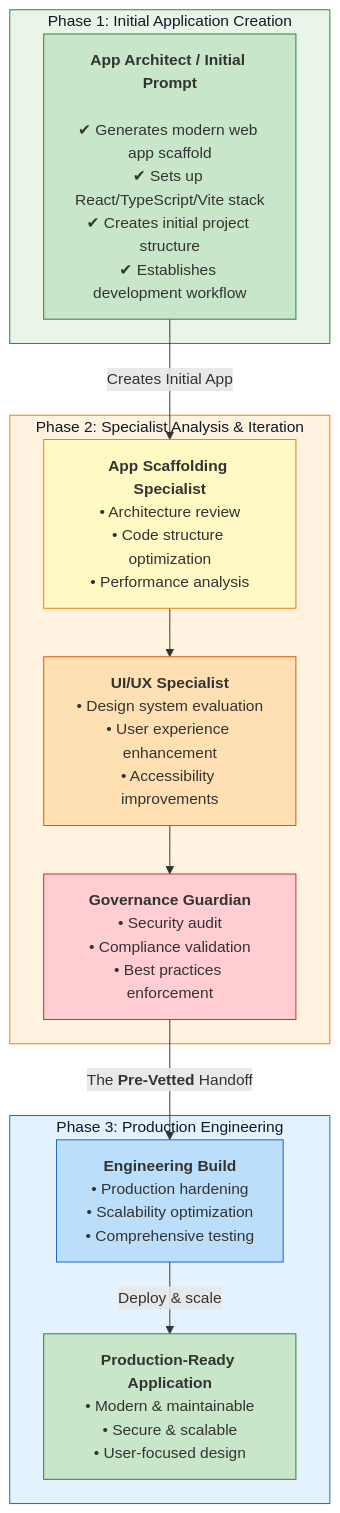
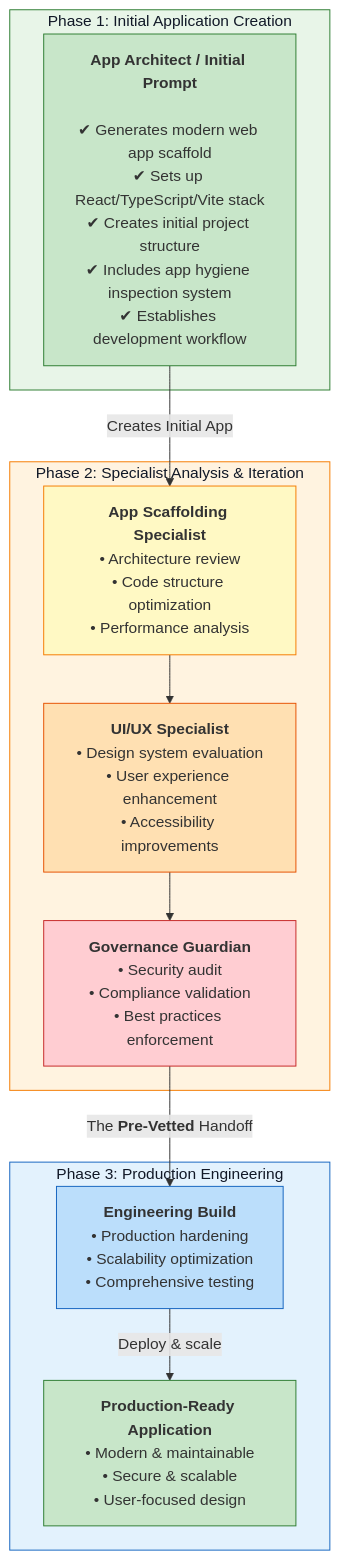
Before and after one commit to richfrem/quantum-diamond: the eighth of 9 diagrams in README.md, drawn with Mermaid. The commit also changed other lines of this file and 32 other files, not shown here.

First line of the commit message:
feat: Major repository reorganization and hygiene system improvements

````diff
--- a/README.md
+++ b/README.md
@@ -283,40 +342,40 @@
 ```mermaid
 graph TD
     %% Phase 1: Initial Application Creation
     subgraph Phase1 ["Phase 1: Initial Application Creation"]
         style Phase1 fill:#e8f5e8,stroke:#2e7d32,color:#111827
-        Architect["<strong>App Architect / Initial Prompt</strong><br/><br/>✔ Generates modern web app scaffold<br/>✔ Sets up React/TypeScript/Vite stack<br/>✔ Creates initial project structure<br/>✔ Establishes development workflow"]
+        Architect["<strong>App Architect / Initial Prompt</strong><br/><br/>✔ Generates modern web app scaffold<br/>✔ Sets up React/TypeScript/Vite stack<br/>✔ Creates initial project structure<br/>✔ Includes app hygiene inspection system<br/>✔ Establishes development workflow"]
     end
 
     %% Phase 2: Specialist Analysis & Iteration
     subgraph Phase2 ["Phase 2: Specialist Analysis & Iteration"]
         style Phase2 fill:#fff3e0,stroke:#f57c00,color:#111827
         Scaffold["<strong>App Scaffolding Specialist</strong><br/>• Architecture review<br/>• Code structure optimization<br/>• Performance analysis"]
         
         UIUX["<strong>UI/UX Specialist</strong><br/>• Design system evaluation<br/>• User experience enhancement<br/>• Accessibility improvements"]
         
         Governance["<strong>Governance Guardian</strong><br/>• Security audit<br/>• Compliance validation<br/>• Best practices enforcement"]
         
         Scaffold --> UIUX --> Governance;
     end
 
     %% Phase 3: Production Engineering
     subgraph Phase3 ["Phase 3: Production Engineering"]
         style Phase3 fill:#e3f2fd,stroke:#1565c0,color:#111827
         Engineering["<strong>Engineering Build</strong><br/>• Production hardening<br/>• Scalability optimization<br/>• Comprehensive testing"];
         Production["<strong>Production-Ready Application</strong><br/>• Modern & maintainable<br/>• Secure & scalable<br/>• User-focused design"];
         Engineering -- "Deploy & scale" --> Production;
     end
 
     %% --- Connections Between Phases ---
     Architect -- "Creates Initial App" --> Scaffold;
     Governance -- "The <strong>Pre-Vetted</strong> Handoff" --> Engineering;
 
     %% --- Node Styles ---
     style Architect fill:#c8e6c9,stroke:#2e7d32
     style Scaffold fill:#fff9c4,stroke:#f57c00
     style UIUX fill:#ffe0b2,stroke:#e65100
     style Governance fill:#ffcdd2,stroke:#c62828
     style Engineering fill:#bbdefb,stroke:#1565c0
     style Production fill:#c8e6c9,stroke:#2e7d32
 ```
````
